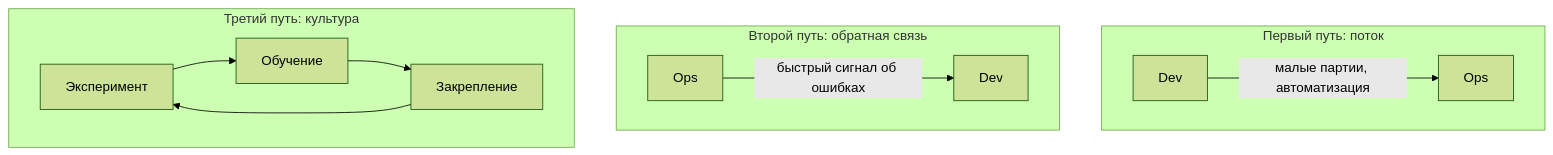
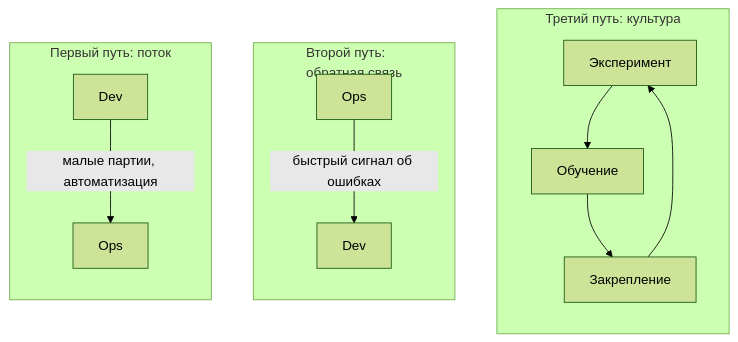
The third of 15 diagrams in slides/lectures/01.md (filberol/course_in_container), drawn with Mermaid (forest theme) before and after one commit. The commit also changed other lines of this file and 1 other file, not shown here.

````diff
--- a/slides/lectures/01.md
+++ b/slides/lectures/01.md
@@ -154,12 +154,12 @@
 ```mermaid {scale: 0.72}
-flowchart TB
+flowchart BT
+    subgraph "Третий путь: культура"
+        P5["Эксперимент"] --> P6["Обучение"] --> P7["Закрепление"] --> P5
+    end
+        subgraph "Второй путь:<br/>обратная связь"
+        P3["Ops"] -->|"быстрый сигнал об ошибках"| P4["Dev"]
+    end
     subgraph "Первый путь: поток"
         P1["Dev"] -->|"малые партии, автоматизация"| P2["Ops"]
     end
-    subgraph "Второй путь: обратная связь"
-        P3["Ops"] -->|"быстрый сигнал об ошибках"| P4["Dev"]
-    end
-    subgraph "Третий путь: культура"
-        P5["Эксперимент"] --> P6["Обучение"] --> P7["Закрепление"] --> P5
-    end
 ```
````
